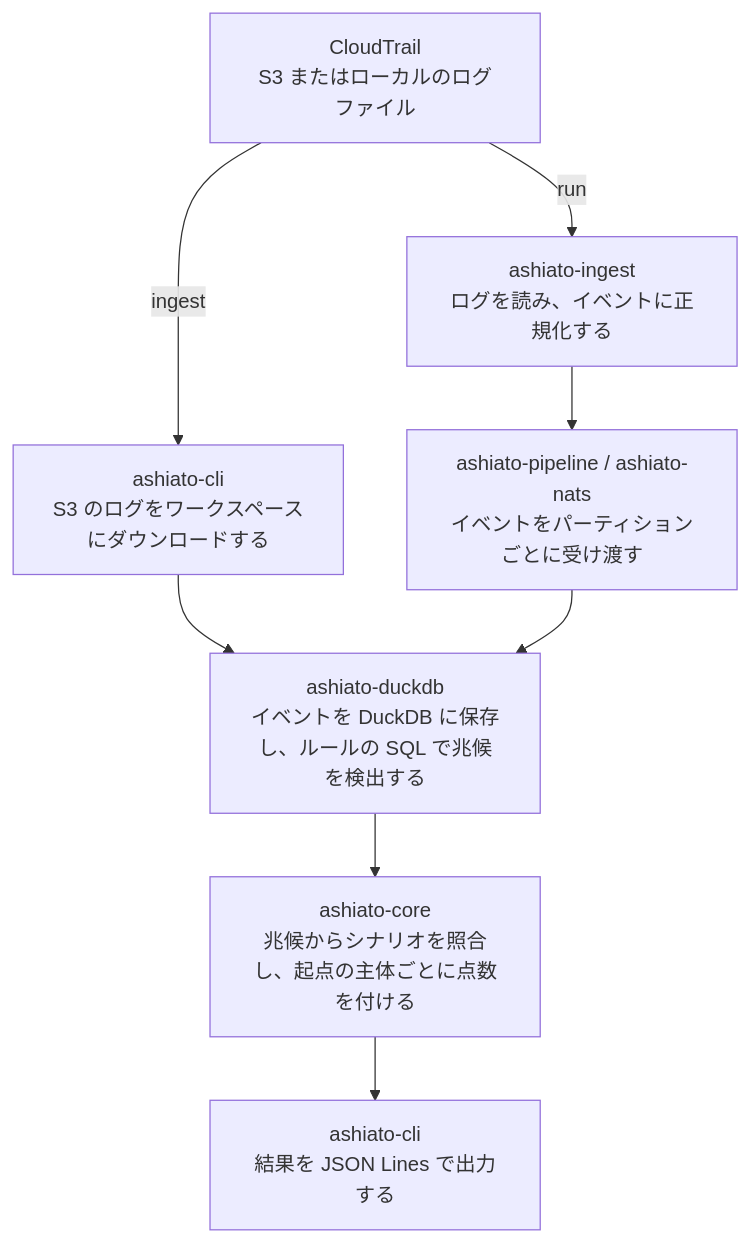
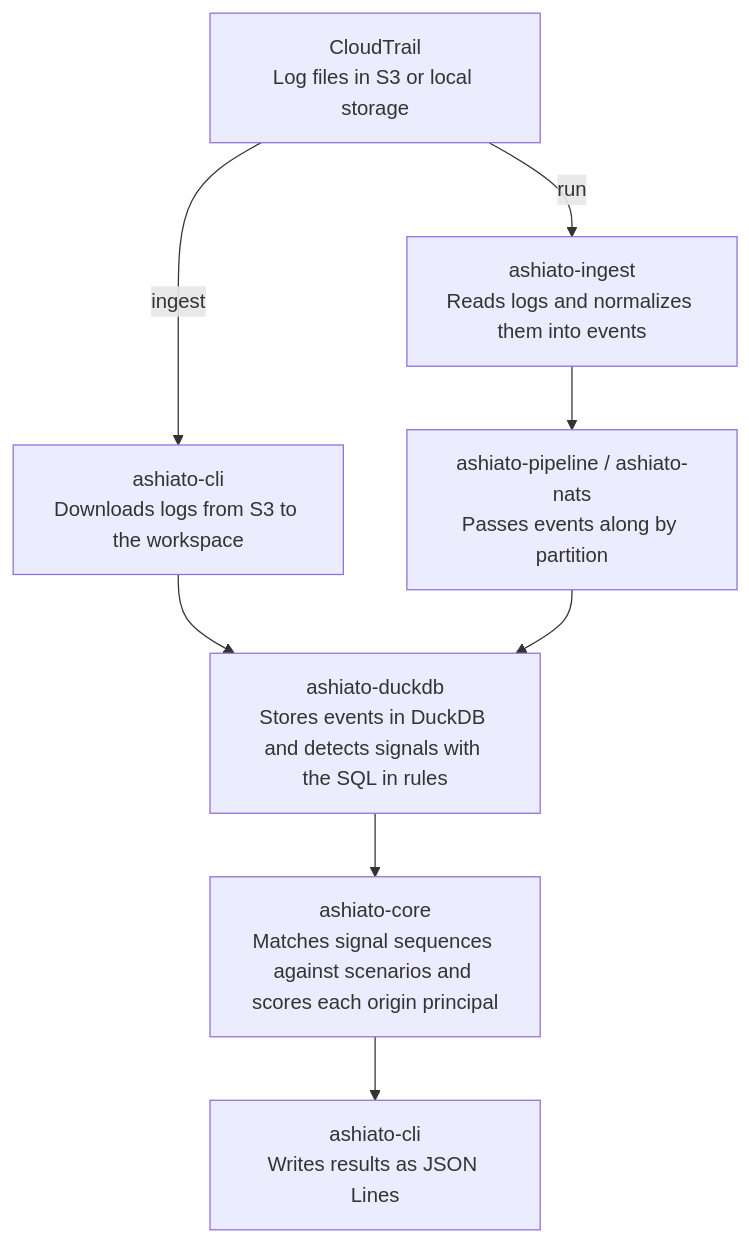
One commit to donkomura/ashiato changed the diagram in README.md. Above: the diagram before and after it, drawn with Mermaid. The commit also changed other lines of this file, not shown here.

````diff
--- a/README.md
+++ b/README.md
@@ -53,14 +55,14 @@
 ```mermaid
 flowchart TD
-    cloudtrail["CloudTrail<br/>S3 またはローカルのログファイル"]
-    cli_ingest["ashiato-cli<br/>S3 のログをワークスペースにダウンロードする"]
-    ingest["ashiato-ingest<br/>ログを読み、イベントに正規化する"]
-    transport["ashiato-pipeline / ashiato-nats<br/>イベントをパーティションごとに受け渡す"]
-    duckdb["ashiato-duckdb<br/>イベントを DuckDB に保存し、ルールの SQL で兆候を検出する"]
-    core["ashiato-core<br/>兆候からシナリオを照合し、起点の主体ごとに点数を付ける"]
-    output["ashiato-cli<br/>結果を JSON Lines で出力する"]
+    cloudtrail["CloudTrail<br/>Log files in S3 or local storage"]
+    cli_ingest["ashiato-cli<br/>Downloads logs from S3 to the workspace"]
+    ingest["ashiato-ingest<br/>Reads logs and normalizes them into events"]
+    transport["ashiato-pipeline / ashiato-nats<br/>Passes events along by partition"]
+    duckdb["ashiato-duckdb<br/>Stores events in DuckDB and detects signals with the SQL in rules"]
+    core["ashiato-core<br/>Matches signal sequences against scenarios and scores each origin principal"]
+    output["ashiato-cli<br/>Writes results as JSON Lines"]
 
     cloudtrail -->|ingest| cli_ingest --> duckdb
     cloudtrail -->|run| ingest --> transport --> duckdb
     duckdb --> core --> output
 ```
````
